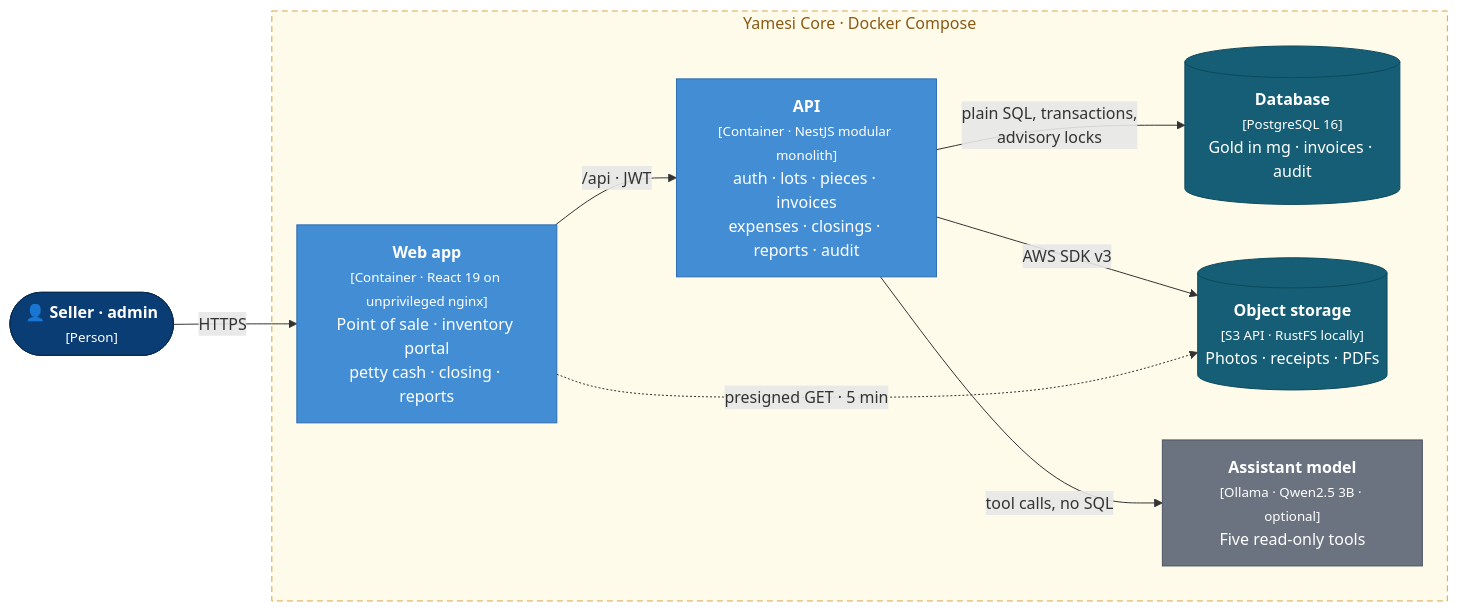
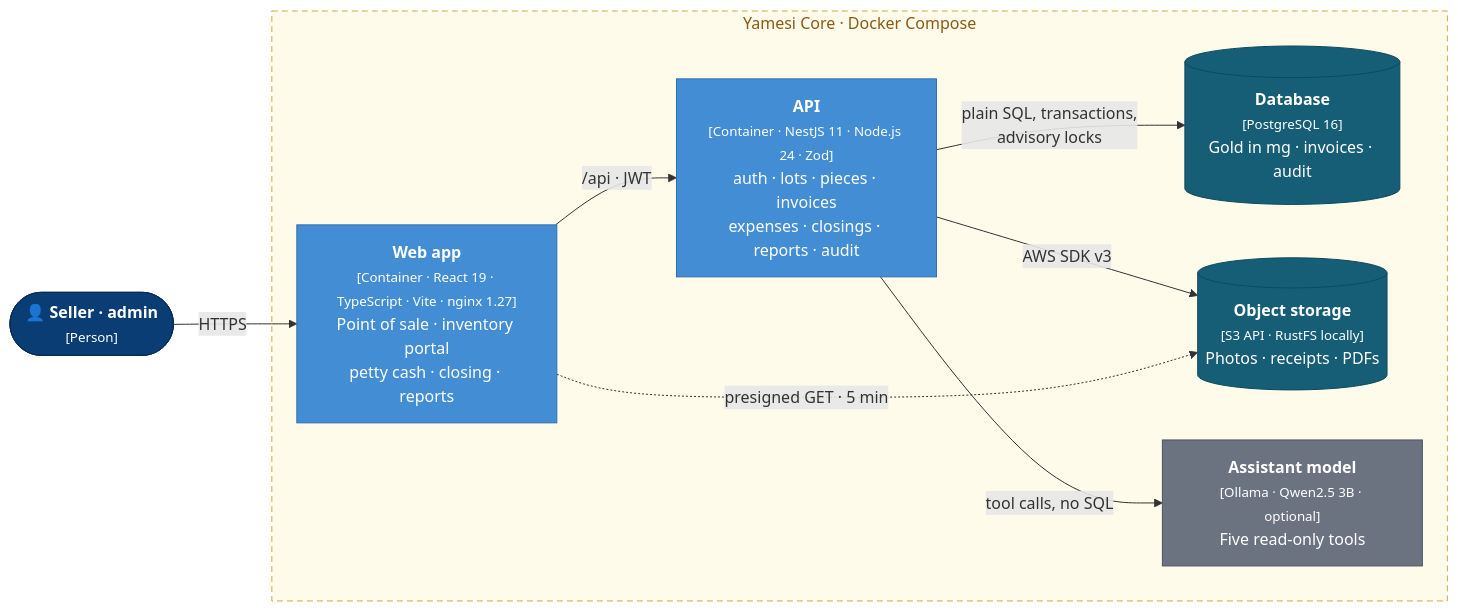
Before and after one commit to vzuliani97/vzuliani97.github.io: the diagram in diagrams/yamesi-containers.mmd, drawn with Mermaid. The commit also changed 5 other files, not shown here.

Commit message:
feat: stack by layer with versions on every case study; frameworks named in the container diagrams

```diff
--- a/diagrams/yamesi-containers.mmd
+++ b/diagrams/yamesi-containers.mmd
@@ -1,22 +1,22 @@
 flowchart LR
   user(["👤 <b>Seller · admin</b><br/><small>[Person]</small>"]):::person
   subgraph boundary["Yamesi Core · Docker Compose"]
-    N["<b>Web app</b><br/><small>[Container · React 19 on unprivileged nginx]</small><br/>Point of sale · inventory portal<br/>petty cash · closing · reports"]:::container
-    A["<b>API</b><br/><small>[Container · NestJS modular monolith]</small><br/>auth · lots · pieces · invoices<br/>expenses · closings · reports · audit"]:::container
+    N["<b>Web app</b><br/><small>[Container · React 19 · TypeScript · Vite · nginx 1.27]</small><br/>Point of sale · inventory portal<br/>petty cash · closing · reports"]:::container
+    A["<b>API</b><br/><small>[Container · NestJS 11 · Node.js 24 · Zod]</small><br/>auth · lots · pieces · invoices<br/>expenses · closings · reports · audit"]:::container
     P[("<b>Database</b><br/><small>[PostgreSQL 16]</small><br/>Gold in mg · invoices · audit")]:::store
     S[("<b>Object storage</b><br/><small>[S3 API · RustFS locally]</small><br/>Photos · receipts · PDFs")]:::store
     O["<b>Assistant model</b><br/><small>[Ollama · Qwen2.5 3B · optional]</small><br/>Five read-only tools"]:::external
   end
   user -->|"HTTPS"| N
   N -->|"/api · JWT"| A
   A -->|"plain SQL, transactions,<br/>advisory locks"| P
   A -->|"AWS SDK v3"| S
   N -.->|"presigned GET · 5 min"| S
   A -->|"tool calls, no SQL"| O
 
   classDef person fill:#0b3d75,stroke:#082c55,color:#ffffff
   classDef container fill:#438dd5,stroke:#2e6fb0,color:#ffffff
   classDef store fill:#155e75,stroke:#0e4a5c,color:#ffffff
   classDef external fill:#6b7280,stroke:#4b5563,color:#ffffff
   classDef planned fill:#ffffff,stroke:#94a3b8,stroke-dasharray:6 4,color:#475569
   style boundary fill:#fffbeb,stroke:#d6a645,stroke-dasharray:6 4,color:#8a5a14
```
